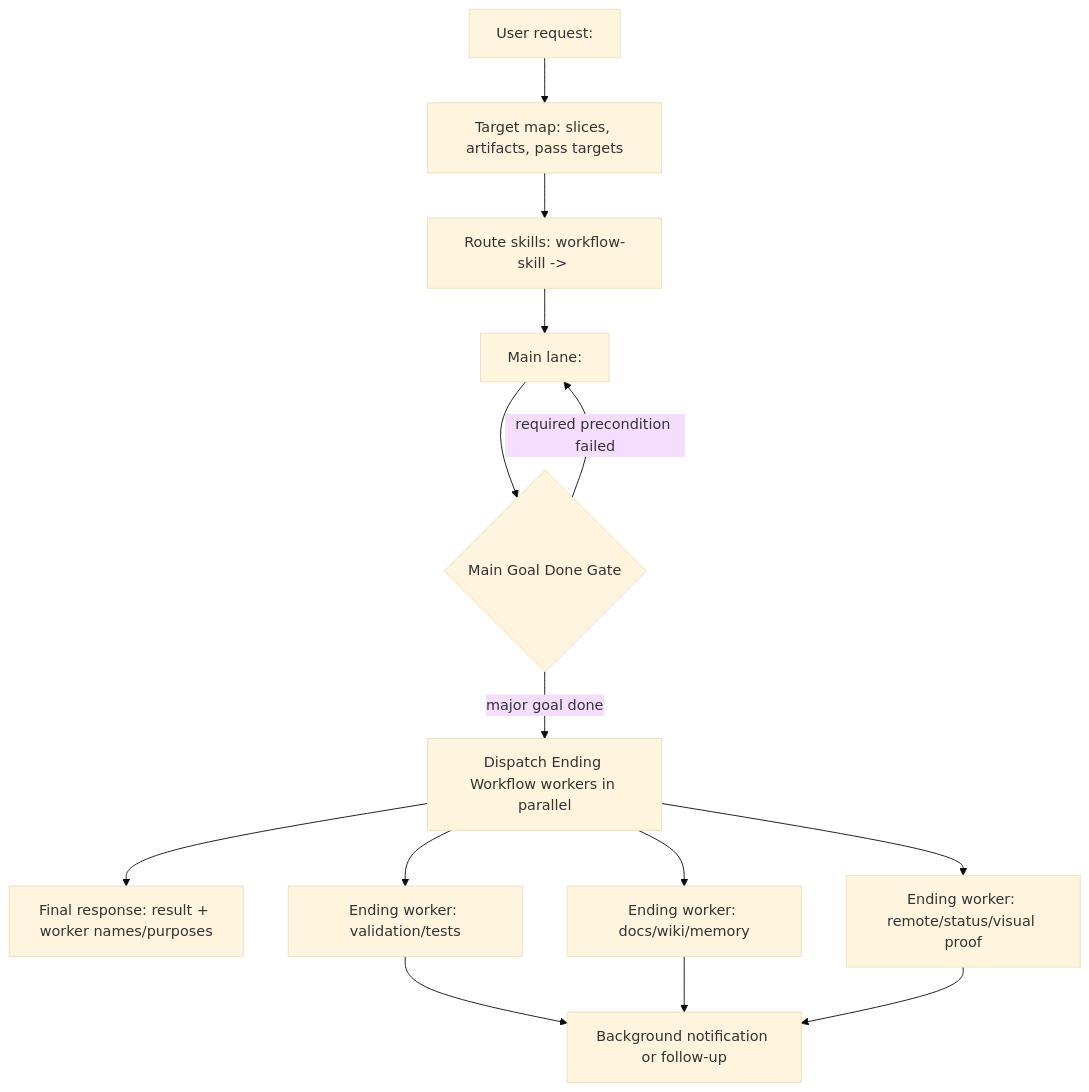
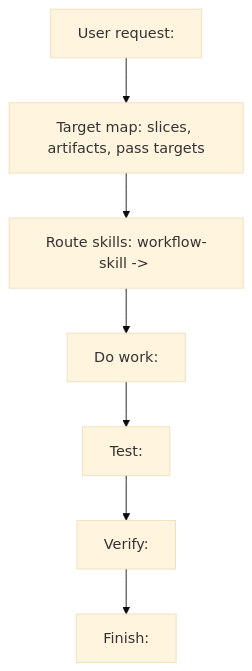
Before and after one commit to qinbatista/qin-codex-skills: the second of 4 diagrams in workflow-skill/references/start-diagram-template.md, drawn with Mermaid (base theme). The commit also changed other lines of this file and 30 other files, not shown here.

````diff
--- a/workflow-skill/references/start-diagram-template.md
+++ b/workflow-skill/references/start-diagram-template.md
@@ -21,16 +21,9 @@
 ```mermaid
 flowchart TD
   A["User request: <short request>"] --> B["Target map: slices, artifacts, pass targets"]
   B --> C["Route skills: workflow-skill -> <executor skills>"]
-  C --> D["Main lane: <produce requested result>"]
-  D --> E{"Main Goal Done Gate"}
-  E -->|required precondition failed| D
-  E -->|major goal done| F["Dispatch Ending Workflow workers in parallel"]
-  F --> G["Final response: result + worker names/purposes"]
-  F --> H["Ending worker: validation/tests"]
-  F --> I["Ending worker: docs/wiki/memory"]
-  F --> J["Ending worker: remote/status/visual proof"]
-  H --> K["Background notification or follow-up"]
-  I --> K
-  J --> K
+  C --> D["Do work: <actual files/artifacts/actions>"]
+  D --> E["Test: <real command/input/output>"]
+  E --> F["Verify: <pass criteria>"]
+  F --> G["Finish: <final answer/report/push>"]
 ```
````
